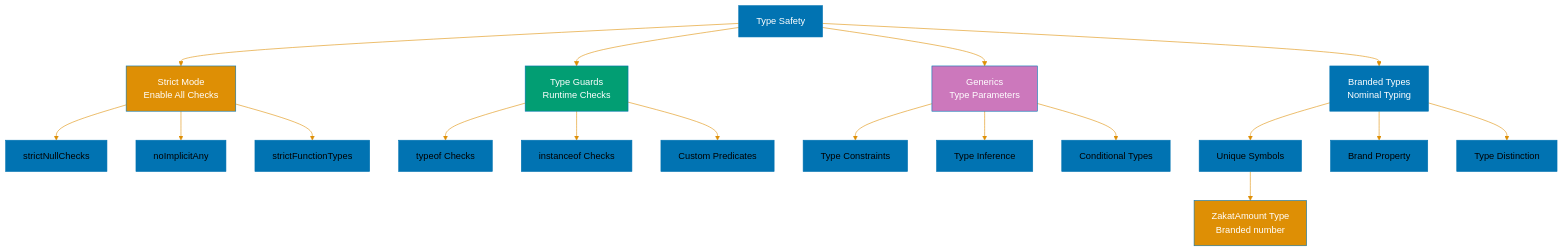
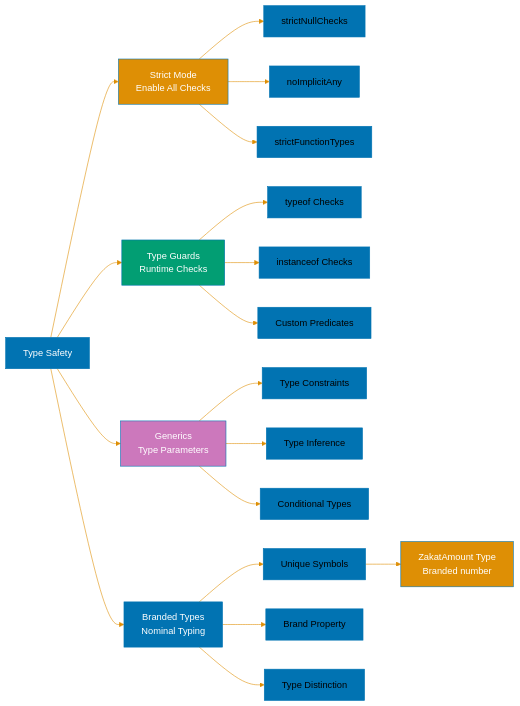
One commit to wahidyankf/open-sharia-enterprise changed the fifth of 5 diagrams in docs/explanation/software-engineering/programming-languages/typescript/best-practices.md. Above: the diagram before and after it, drawn with Mermaid. The commit also changed other lines of this file and 16 other files, not shown here.

First line of the commit message:
fix(docs): fix mermaid violations in typescript docs

````diff
--- a/docs/explanation/software-engineering/programming-languages/typescript/best-practices.md
+++ b/docs/explanation/software-engineering/programming-languages/typescript/best-practices.md
@@ -2391,33 +2391,33 @@
 ```mermaid
 %%{init: {'theme':'base', 'themeVariables': { 'primaryColor':'#0173B2','primaryTextColor':'#000','primaryBorderColor':'#0173B2','lineColor':'#DE8F05','secondaryColor':'#029E73','tertiaryColor':'#CC78BC','fontSize':'16px'}}}%%
-flowchart TD
+flowchart LR
     A[Type Safety] --> B[Strict Mode<br/>Enable All Checks]
     A --> C[Type Guards<br/>Runtime Checks]
     A --> D[Generics<br/>Type Parameters]
     A --> E[Branded Types<br/>Nominal Typing]
 
     B --> B1[strictNullChecks]
     B --> B2[noImplicitAny]
     B --> B3[strictFunctionTypes]
 
     C --> C1[typeof Checks]
     C --> C2[instanceof Checks]
     C --> C3[Custom Predicates]
 
     D --> D1[Type Constraints]
     D --> D2[Type Inference]
     D --> D3[Conditional Types]
 
     E --> E1[Unique Symbols]
     E --> E2[Brand Property]
     E --> E3[Type Distinction]
 
     E1 --> F[ZakatAmount Type<br/>Branded number]
 
     style A fill:#0173B2,color:#fff
     style B fill:#DE8F05,color:#fff
     style C fill:#029E73,color:#fff
     style D fill:#CC78BC,color:#fff
     style E fill:#0173B2,color:#fff
     style F fill:#DE8F05,color:#fff
 ```
````
